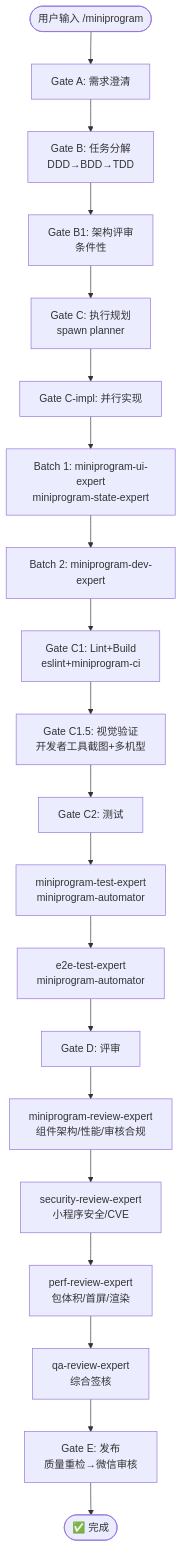
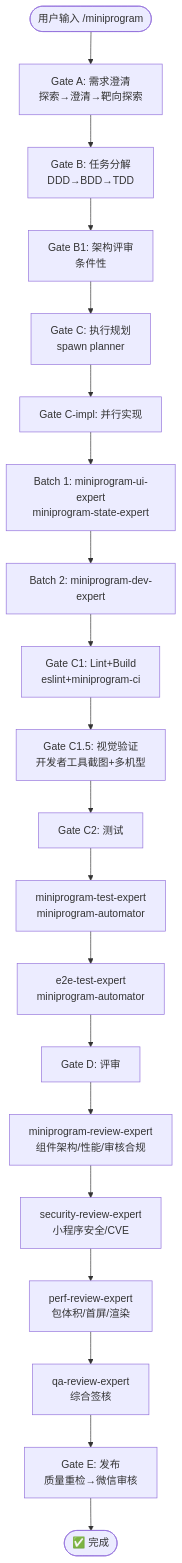
Before and after one commit to Wjl1224734792/Jarvis-Agent-Factory: the diagram in docs/flows/miniprogram.md, drawn with Mermaid. The commit also changed 39 other files, not shown here.

````diff
--- a/docs/flows/miniprogram.md
+++ b/docs/flows/miniprogram.md
@@ -38,22 +38,22 @@
 ```mermaid
 flowchart TD
-    START([用户输入 /miniprogram]) --> A[Gate A: 需求澄清]
+    START([用户输入 /miniprogram]) --> A[Gate A: 需求澄清<br/>探索→澄清→靶向探索]
     A --> B[Gate B: 任务分解<br/>DDD→BDD→TDD]
     B --> B1[Gate B1: 架构评审<br/>条件性]
     B1 --> C[Gate C: 执行规划<br/>spawn planner]
     C --> CI[Gate C-impl: 并行实现]
     CI --> CI1[Batch 1: miniprogram-ui-expert<br/>miniprogram-state-expert]
     CI1 --> CI2[Batch 2: miniprogram-dev-expert]
     CI2 --> C1[Gate C1: Lint+Build<br/>eslint+miniprogram-ci]
     C1 --> C15[Gate C1.5: 视觉验证<br/>开发者工具截图+多机型]
     C15 --> C2[Gate C2: 测试]
     C2 --> C2A[miniprogram-test-expert<br/>miniprogram-automator]
     C2A --> C2B[e2e-test-expert<br/>miniprogram-automator]
     C2B --> D[Gate D: 评审]
     D --> D1[miniprogram-review-expert<br/>组件架构/性能/审核合规]
     D1 --> D2[security-review-expert<br/>小程序安全/CVE]
     D2 --> D3[perf-review-expert<br/>包体积/首屏/渲染]
     D3 --> D4[qa-review-expert<br/>综合签核]
     D4 --> E[Gate E: 发布<br/>质量重检→微信审核]
     E --> DONE([✅ 完成])
 ```
````
